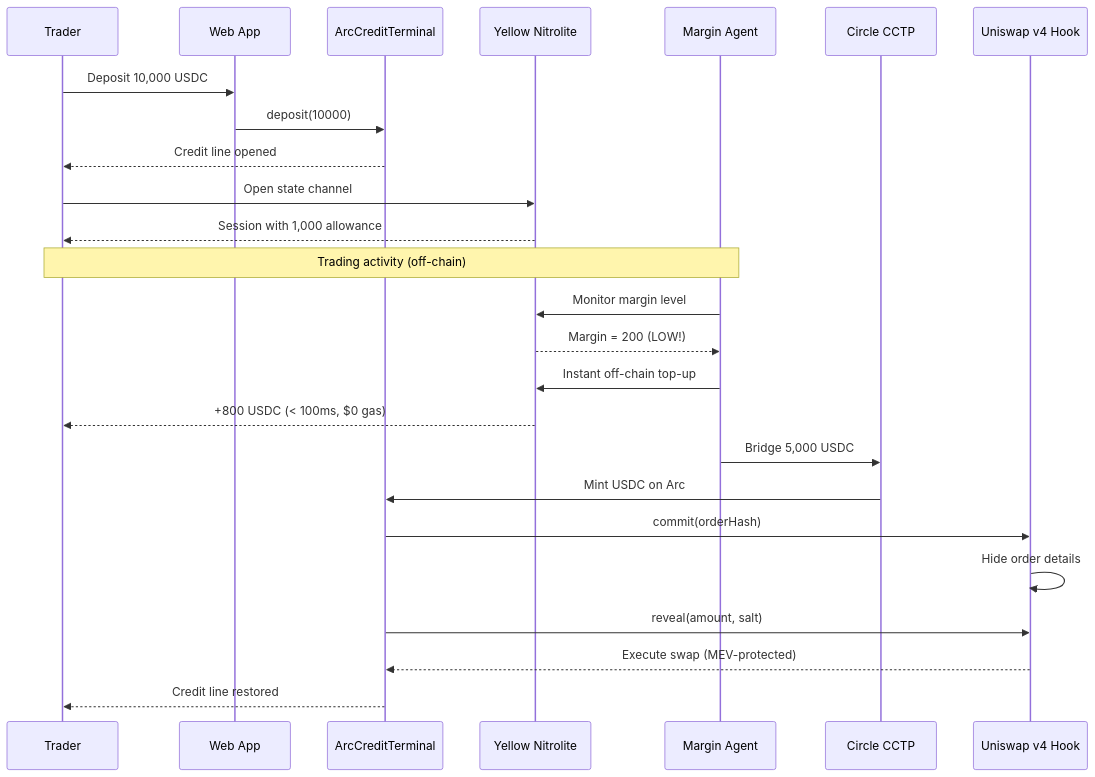
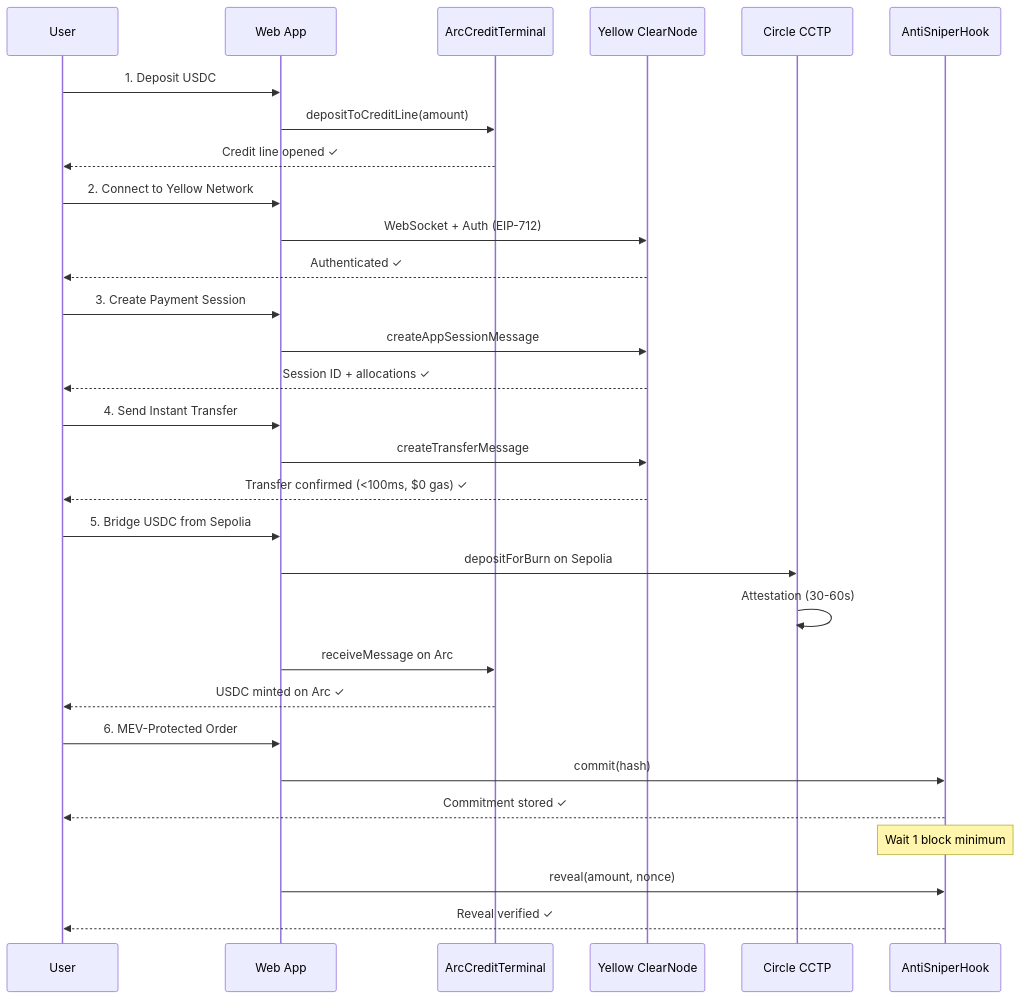
The second of 11 diagrams in ARCHITECTURE.md (N-45div/HackMoney2026), drawn with Mermaid before and after one commit. The commit also changed other lines of this file, not shown here.

Commit message:
docs: update ARCHITECTURE.md with actual implementation flow
- Remove speculative agent/backend components
- Update sequence diagram to reflect real testable features
- Add checkmarks for completed steps
- Align with current frontend implementation

````diff
--- a/ARCHITECTURE.md
+++ b/ARCHITECTURE.md
@@ -54,35 +54,38 @@
 ```mermaid
 sequenceDiagram
-    participant Trader
+    participant User
     participant UI as Web App
     participant ACT as ArcCreditTerminal
-    participant YN as Yellow Nitrolite
-    participant Agent as Margin Agent
+    participant YN as Yellow ClearNode
     participant CCTP as Circle CCTP
-    participant Hook as Uniswap v4 Hook
+    participant Hook as AntiSniperHook
 
-    Trader->>UI: Deposit 10,000 USDC
-    UI->>ACT: deposit(10000)
-    ACT-->>Trader: Credit line opened
+    User->>UI: 1. Deposit USDC
+    UI->>ACT: depositToCreditLine(amount)
+    ACT-->>User: Credit line opened ✓
     
-    Trader->>YN: Open state channel
-    YN-->>Trader: Session with 1,000 allowance
+    User->>UI: 2. Connect to Yellow Network
+    UI->>YN: WebSocket + Auth (EIP-712)
+    YN-->>User: Authenticated ✓
     
-    Note over Trader,Agent: Trading activity (off-chain)
+    User->>UI: 3. Create Payment Session
+    UI->>YN: createAppSessionMessage
+    YN-->>User: Session ID + allocations ✓
     
-    Agent->>YN: Monitor margin level
-    YN-->>Agent: Margin = 200 (LOW!)
+    User->>UI: 4. Send Instant Transfer
+    UI->>YN: createTransferMessage
+    YN-->>User: Transfer confirmed (<100ms, $0 gas) ✓
     
-    Agent->>YN: Instant off-chain top-up
-    YN-->>Trader: +800 USDC (< 100ms, $0 gas)
+    User->>UI: 5. Bridge USDC from Sepolia
+    UI->>CCTP: depositForBurn on Sepolia
+    CCTP->>CCTP: Attestation (30-60s)
+    UI->>ACT: receiveMessage on Arc
+    ACT-->>User: USDC minted on Arc ✓
     
-    Agent->>CCTP: Bridge 5,000 USDC
-    CCTP->>ACT: Mint USDC on Arc
-    
-    ACT->>Hook: commit(orderHash)
-    Hook->>Hook: Hide order details
-    ACT->>Hook: reveal(amount, salt)
-    Hook-->>ACT: Execute swap (MEV-protected)
-    
-    ACT-->>Trader: Credit line restored
+    User->>UI: 6. MEV-Protected Order
+    UI->>Hook: commit(hash)
+    Hook-->>User: Commitment stored ✓
+    Note over Hook: Wait 1 block minimum
+    UI->>Hook: reveal(amount, nonce)
+    Hook-->>User: Reveal verified ✓
 ```
````
